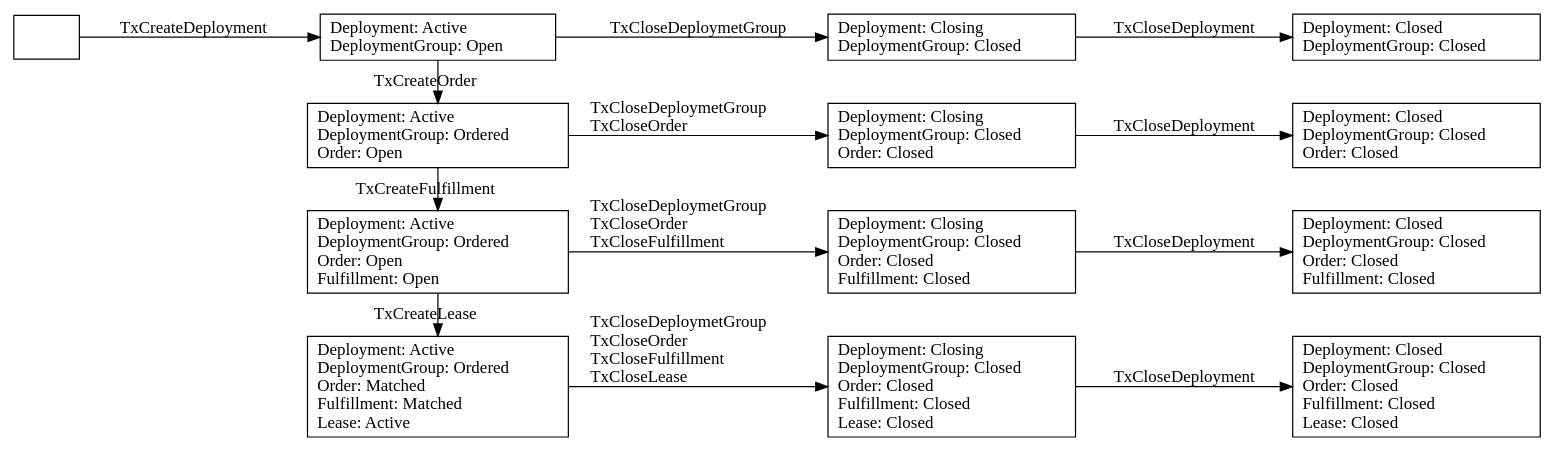
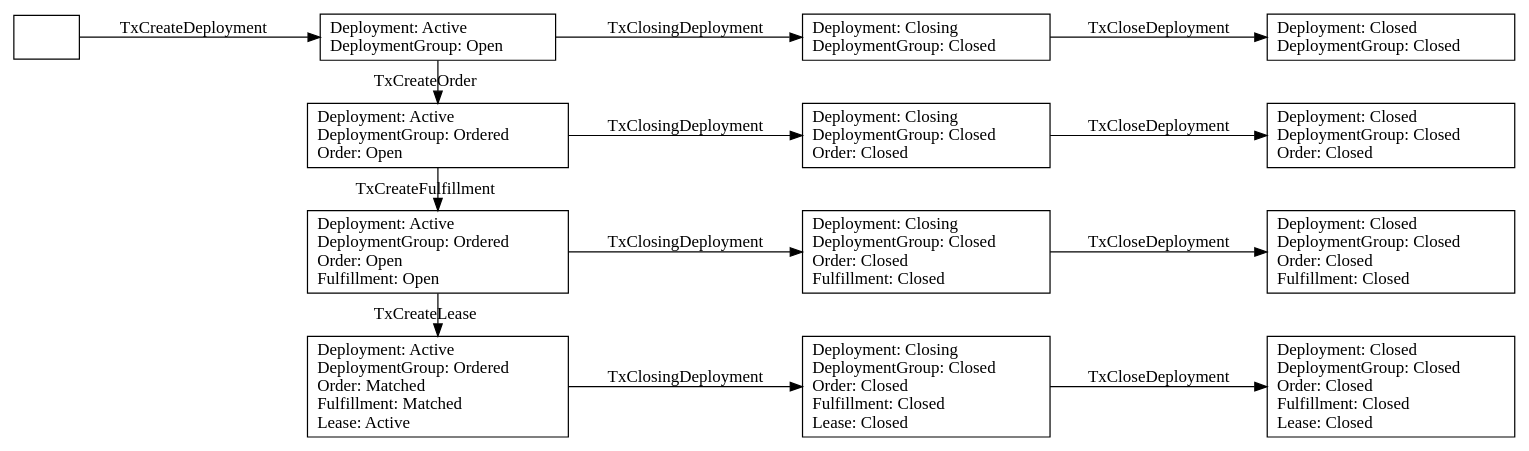
The diagram in _docs/dot/tenant-cancel.dot (akash-network/node), drawn with Graphviz before and after one commit. The commit also changed 9 other files, not shown here.

```diff
--- a/_docs/dot/tenant-cancel.dot
+++ b/_docs/dot/tenant-cancel.dot
@@ -1,40 +1,41 @@
 digraph marketplace {
 
   rankdir=LR;
 
   "0"     [shape=box label=""];
 
   "1"     [shape=box labeljust="1" label="Deployment: Active\lDeploymentGroup: Open\l"];
   "2"     [shape=box labeljust="1" label="Deployment: Active\lDeploymentGroup: Ordered\lOrder: Open\l"];
   "3"     [shape=box labeljust="1" label="Deployment: Active\lDeploymentGroup: Ordered\lOrder: Open\lFulfillment: Open\l"];
   "4"     [shape=box labeljust="1" label="Deployment: Active\lDeploymentGroup: Ordered\lOrder: Matched\lFulfillment: Matched\lLease: Active\l"];
 
   "5"     [shape=box label="Deployment: Closing\lDeploymentGroup: Closed\l"];
   "6"     [shape=box label="Deployment: Closing\lDeploymentGroup: Closed\lOrder: Closed\l"];
   "7"     [shape=box label="Deployment: Closing\lDeploymentGroup: Closed\lOrder: Closed\lFulfillment: Closed\l"];
   "8"     [shape=box label="Deployment: Closing\lDeploymentGroup: Closed\lOrder: Closed\lFulfillment: Closed\lLease: Closed\l"];
 
   "9"     [shape=box label="Deployment: Closed\lDeploymentGroup: Closed\l"];
   "10"    [shape=box label="Deployment: Closed\lDeploymentGroup: Closed\lOrder: Closed\l"];
   "11"    [shape=box label="Deployment: Closed\lDeploymentGroup: Closed\lOrder: Closed\lFulfillment: Closed\l"];
   "12"    [shape=box label="Deployment: Closed\lDeploymentGroup: Closed\lOrder: Closed\lFulfillment: Closed\lLease: Closed\l"];
 
   "0" -> "1"           [label="TxCreateDeployment"];
   "1" -> "2"           [label="TxCreateOrder"];
   "2" -> "3"           [label="TxCreateFulfillment"];
   "3" -> "4"           [label="TxCreateLease"];
 
-  "1" -> "5"           [label="TxCloseDeploymetGroup"];
-  "2" -> "6"           [label="TxCloseDeploymetGroup\lTxCloseOrder\l"];
-  "3" -> "7"           [label="TxCloseDeploymetGroup\lTxCloseOrder\lTxCloseFulfillment\l"];
-  "4" -> "8"           [label="TxCloseDeploymetGroup\lTxCloseOrder\lTxCloseFulfillment\lTxCloseLease\l"];
+  "1" -> "5"           [label="TxClosingDeployment"];
+  "2" -> "6"           [label="TxClosingDeployment"];
+  "3" -> "7"           [label="TxClosingDeployment"];
+  "4" -> "8"           [label="TxClosingDeployment"];
 
   "5" -> "9"           [label="TxCloseDeployment"];
   "6" -> "10"          [label="TxCloseDeployment"];
   "7" -> "11"          [label="TxCloseDeployment"];
   "8" -> "12"          [label="TxCloseDeployment"];
 
+
   { rank=same "1", "2", "3", "4" }
   { rank=same "5", "6", "7", "8" }
   { rank=same "9", "10", "11", "12" }
 }
```
